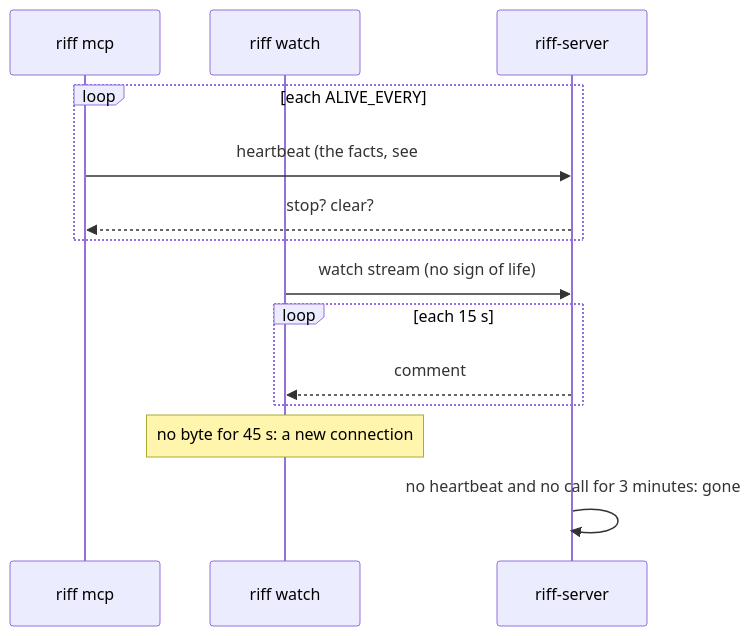
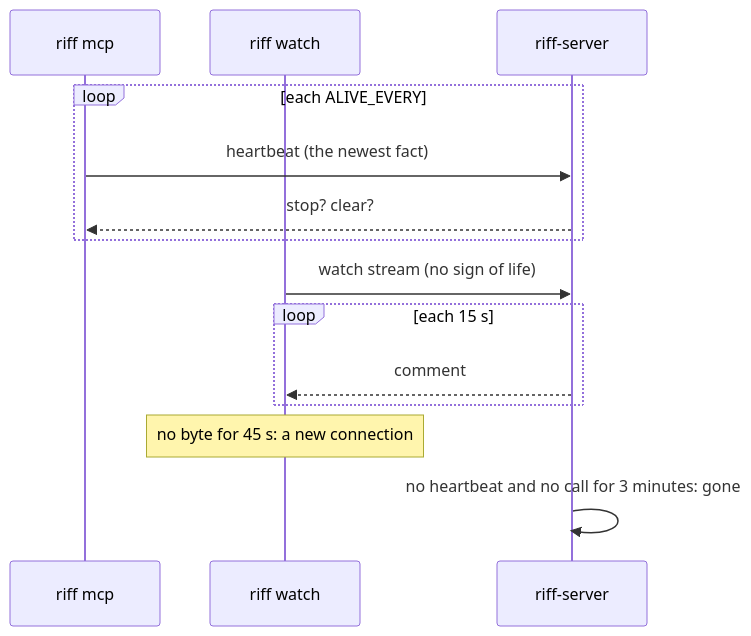
Before and after one commit to como-technologies/riff: the third of 5 diagrams in docs/src/design-link.md, drawn with Mermaid. The commit also changed other lines of this file and 1 other file, not shown here.

````diff
--- a/docs/src/design-link.md
+++ b/docs/src/design-link.md
@@ -223,16 +223,16 @@
 ```mermaid
 sequenceDiagram
     participant M as riff mcp
     participant W as riff watch
     participant S as riff-server
     loop each ALIVE_EVERY
-        M->>S: heartbeat (the facts, see #424)
+        M->>S: heartbeat (the newest fact)
         S-->>M: stop? clear?
     end
     W->>S: watch stream (no sign of life)
     loop each 15 s
         S-->>W: comment
     end
     Note over W: no byte for 45 s: a new connection
     S->>S: no heartbeat and no call for 3 minutes: gone
 ```
````
